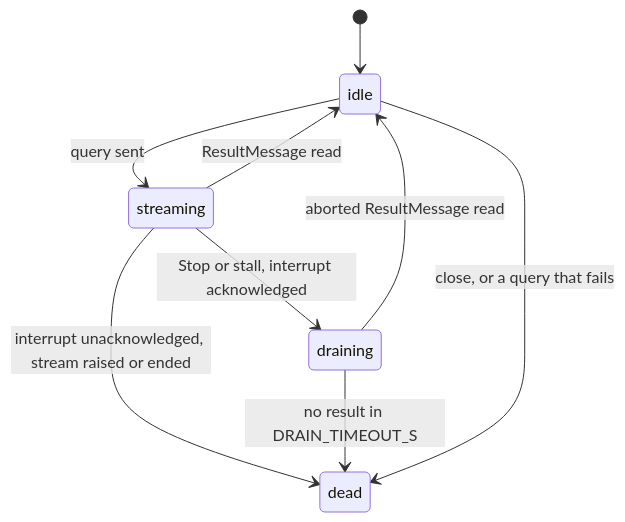
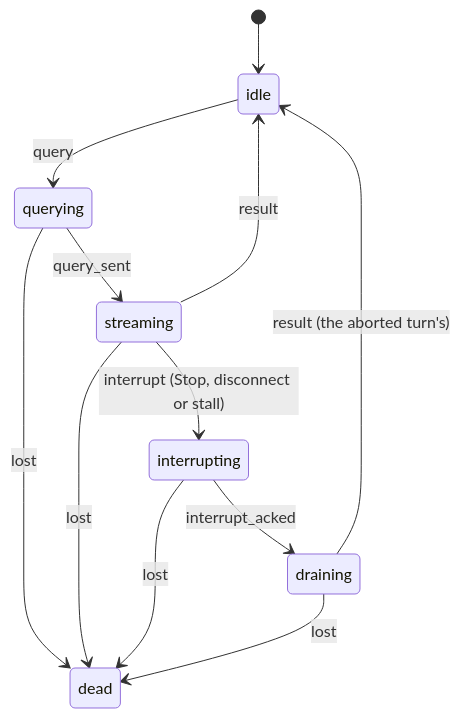
The third of 3 diagrams in docs/architecture/assistant.md (ArthurClune/pkm-system), drawn with Mermaid before and after one commit. The commit also changed other lines of this file and 5 other files, not shown here.

First line of the commit message:
Docs for the assistant's acknowledged Stop and interrupting phase (pkm-60go)

````diff
--- a/docs/architecture/assistant.md
+++ b/docs/architecture/assistant.md
@@ -216,11 +221,14 @@
 ```mermaid
 stateDiagram-v2
     [*] --> idle
-    idle --> streaming: query sent
-    streaming --> idle: ResultMessage read
-    streaming --> draining: Stop or stall, interrupt acknowledged
-    draining --> idle: aborted ResultMessage read
-    streaming --> dead: interrupt unacknowledged, stream raised or ended
-    draining --> dead: no result in DRAIN_TIMEOUT_S
-    idle --> dead: close, or a query that fails
+    idle --> querying: query
+    querying --> streaming: query_sent
+    streaming --> idle: result
+    streaming --> interrupting: interrupt (Stop, disconnect or stall)
+    interrupting --> draining: interrupt_acked
+    draining --> idle: result (the aborted turn's)
+    querying --> dead: lost
+    streaming --> dead: lost
+    interrupting --> dead: lost
+    draining --> dead: lost
 ```
````
